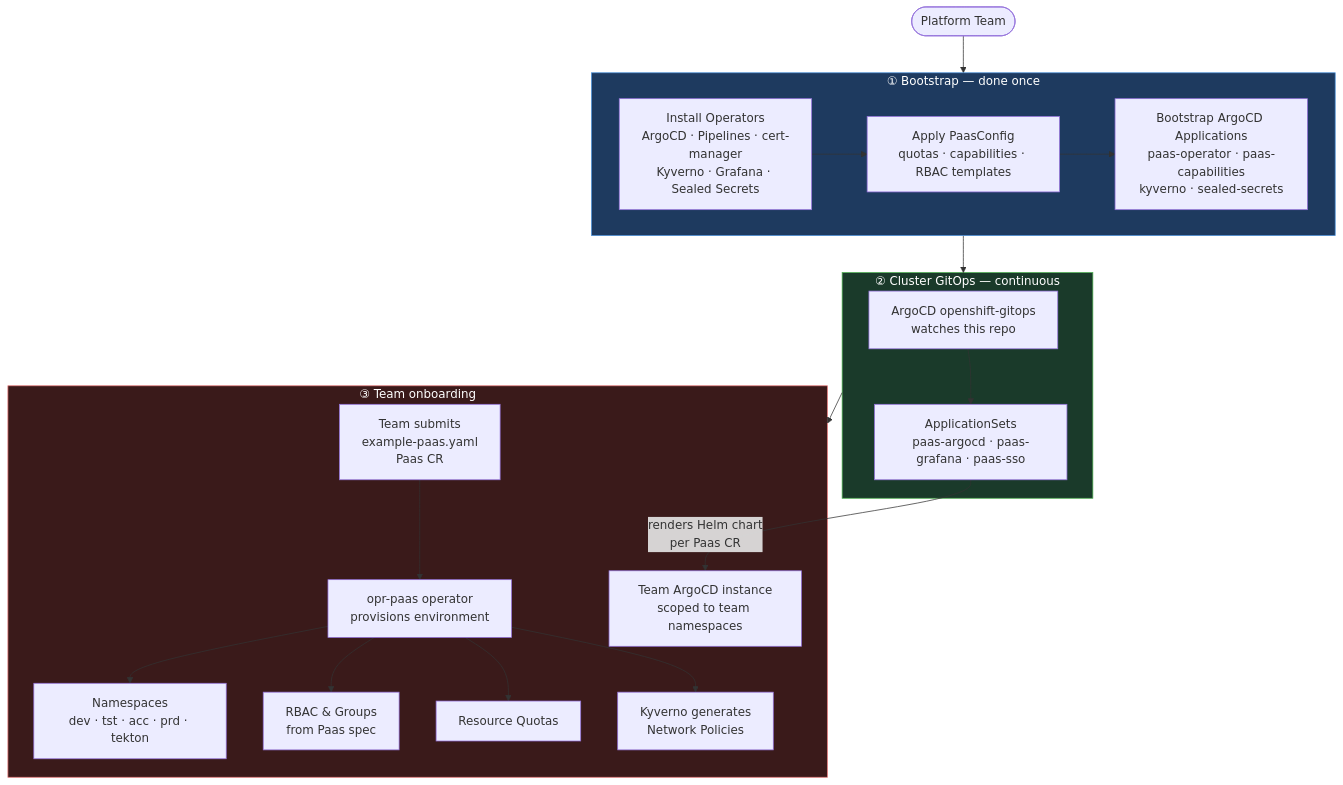
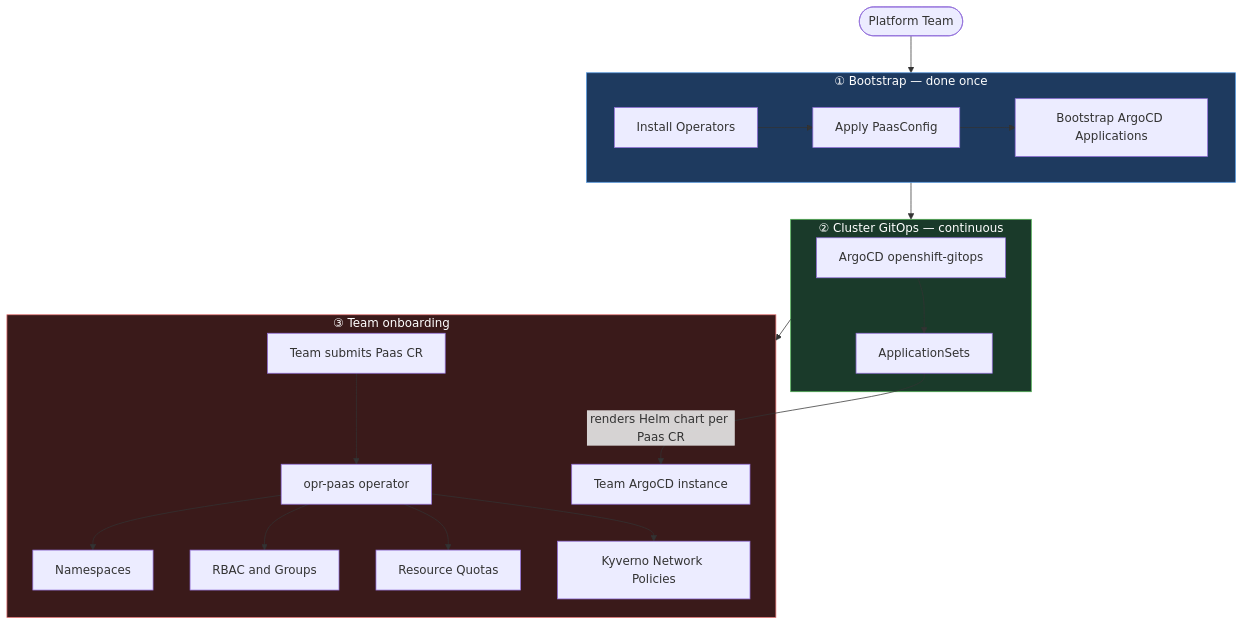
The diagram in README.md (benoitschipper/paas-demo), drawn with Mermaid before and after one commit.

````diff
--- a/README.md
+++ b/README.md
@@ -52,42 +52,42 @@
 ```mermaid
 flowchart TD
     PT([Platform Team])
 
     subgraph Bootstrap ["① Bootstrap — done once"]
-        OP[Install Operators\nArgoCD · Pipelines · cert-manager\nKyverno · Grafana · Sealed Secrets]
-        PC[Apply PaasConfig\nquotas · capabilities · RBAC templates]
-        BA[Bootstrap ArgoCD Applications\npaas-operator · paas-capabilities\nkyverno · sealed-secrets]
+        OP[Install Operators]
+        PC[Apply PaasConfig]
+        BA[Bootstrap ArgoCD Applications]
         OP --> PC --> BA
     end
 
     subgraph GitOps ["② Cluster GitOps — continuous"]
-        AG[ArgoCD openshift-gitops\nwatches this repo]
-        AS[ApplicationSets\npaas-argocd · paas-grafana · paas-sso]
+        AG[ArgoCD openshift-gitops]
+        AS[ApplicationSets]
         AG --> AS
     end
 
     subgraph Team ["③ Team onboarding"]
-        PR[Team submits\nexample-paas.yaml\nPaas CR]
-        PAAS[opr-paas operator\nprovisions environment]
-        NS[Namespaces\ndev · tst · acc · prd · tekton]
-        RBAC[RBAC & Groups\nfrom Paas spec]
+        PR[Team submits Paas CR]
+        PAAS[opr-paas operator]
+        NS[Namespaces]
+        RBAC[RBAC and Groups]
         Q[Resource Quotas]
-        KY[Kyverno generates\nNetwork Policies]
-        ARGO[Team ArgoCD instance\nscoped to team namespaces]
+        KY[Kyverno Network Policies]
+        ARGO[Team ArgoCD instance]
 
         PR --> PAAS
         PAAS --> NS
         PAAS --> RBAC
         PAAS --> Q
         PAAS --> KY
-        AS -->|renders Helm chart\nper Paas CR| ARGO
+        AS -->|renders Helm chart per Paas CR| ARGO
     end
 
     PT --> Bootstrap
     Bootstrap --> GitOps
     GitOps --> Team
 
     style Bootstrap fill:#1e3a5f,color:#fff,stroke:#4a90d9
     style GitOps fill:#1a3a2a,color:#fff,stroke:#4caf50
     style Team fill:#3a1a1a,color:#fff,stroke:#e57373
 ```
````
